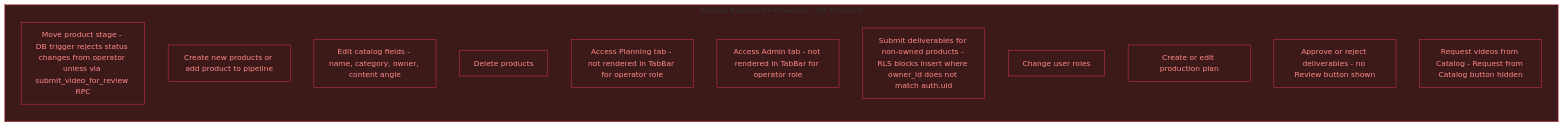
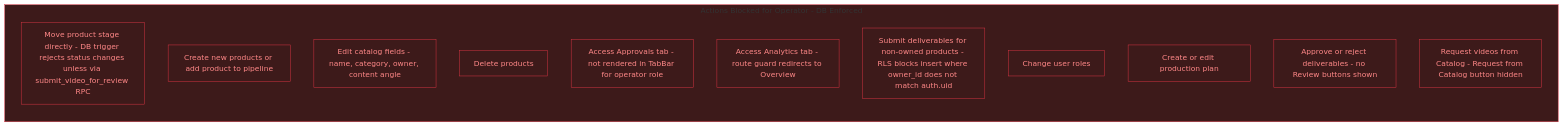
One commit to Lyduke56/BuckedUp-Dashboard-Lifewood changed the sixth of 18 diagrams in role_workflows.md. Above: the diagram before and after it, drawn with Mermaid (neutral theme). The commit also changed other lines of this file and 6 other files, not shown here.

````diff
--- a/role_workflows.md
+++ b/role_workflows.md
@@ -254,28 +201,28 @@
 ```mermaid
 flowchart LR
     subgraph BLOCKED_OP ["Actions Blocked for Operator - DB Enforced"]
-        B1["Move product stage - DB trigger rejects status changes from operator unless via submit_video_for_review RPC"]
+        B1["Move product stage directly - DB trigger rejects status changes unless via submit_video_for_review RPC"]
         B2["Create new products or add product to pipeline"]
         B3["Edit catalog fields - name, category, owner, content angle"]
         B4["Delete products"]
-        B5["Access Planning tab - not rendered in TabBar for operator role"]
-        B6["Access Admin tab - not rendered in TabBar for operator role"]
+        B5["Access Approvals tab - not rendered in TabBar for operator role"]
+        B6["Access Analytics tab - route guard redirects to Overview"]
         B7["Submit deliverables for non-owned products - RLS blocks insert where owner_id does not match auth.uid"]
         B8["Change user roles"]
         B9["Create or edit production plan"]
-        B10["Approve or reject deliverables - no Review button shown"]
+        B10["Approve or reject deliverables - no Review buttons shown"]
         B11["Request videos from Catalog - Request from Catalog button hidden"]
     end
     style BLOCKED_OP fill:#3d1a1a,stroke:#dc3545
     style B1 fill:#3d1a1a,stroke:#dc3545,color:#ff8888
     style B2 fill:#3d1a1a,stroke:#dc3545,color:#ff8888
     style B3 fill:#3d1a1a,stroke:#dc3545,color:#ff8888
     style B4 fill:#3d1a1a,stroke:#dc3545,color:#ff8888
     style B5 fill:#3d1a1a,stroke:#dc3545,color:#ff8888
     style B6 fill:#3d1a1a,stroke:#dc3545,color:#ff8888
     style B7 fill:#3d1a1a,stroke:#dc3545,color:#ff8888
     style B8 fill:#3d1a1a,stroke:#dc3545,color:#ff8888
     style B9 fill:#3d1a1a,stroke:#dc3545,color:#ff8888
     style B10 fill:#3d1a1a,stroke:#dc3545,color:#ff8888
     style B11 fill:#3d1a1a,stroke:#dc3545,color:#ff8888
 ```
````
